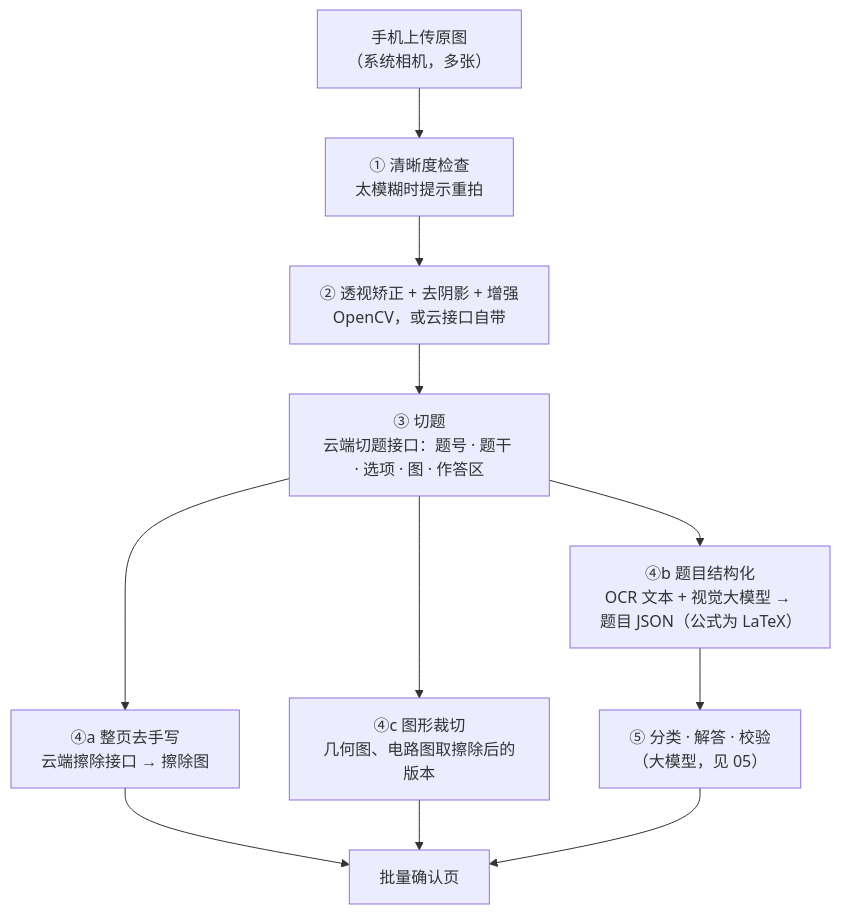
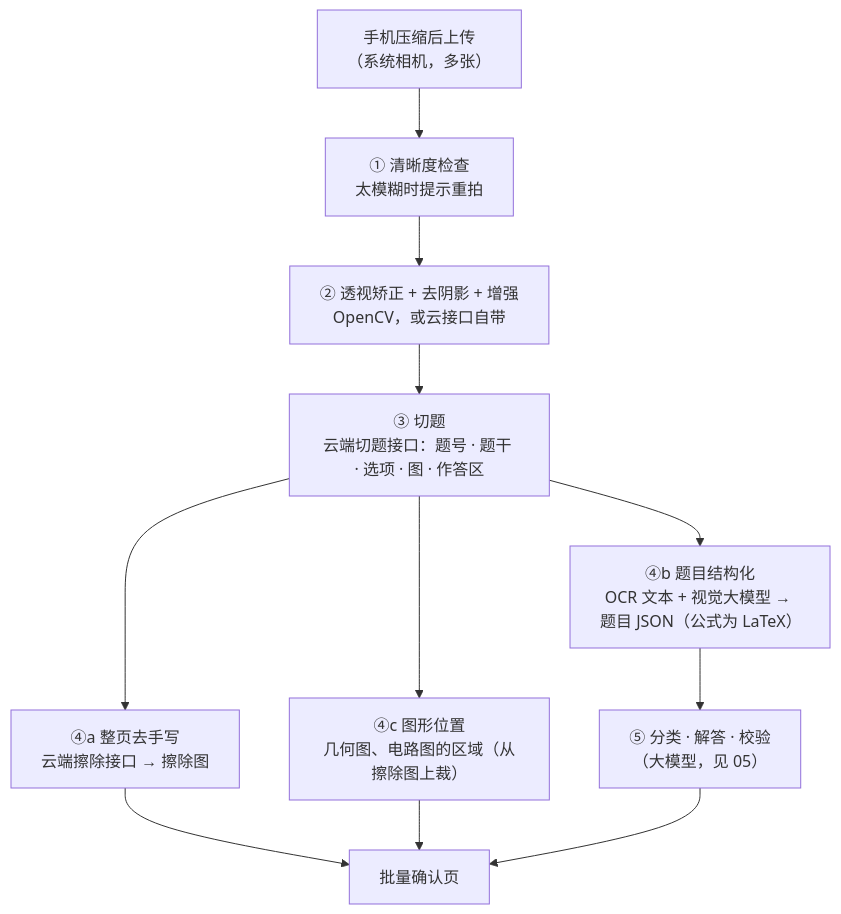
The third of 4 diagrams in mistake-mastery/docs/03-system-architecture.md (tianbao424/Claude-made-stock-bot), drawn with Mermaid before and after one commit. The commit also changed other lines of this file and 7 other files, not shown here.

````diff
--- a/mistake-mastery/docs/03-system-architecture.md
+++ b/mistake-mastery/docs/03-system-architecture.md
@@ -100,11 +208,11 @@
 ```mermaid
 flowchart TB
-    U["手机上传原图<br/>（系统相机，多张）"] --> S1["① 清晰度检查<br/>太模糊时提示重拍"]
+    U["手机压缩后上传<br/>（系统相机，多张）"] --> S1["① 清晰度检查<br/>太模糊时提示重拍"]
     S1 --> S2["② 透视矫正 + 去阴影 + 增强<br/>OpenCV，或云接口自带"]
     S2 --> S3["③ 切题<br/>云端切题接口：题号 · 题干 · 选项 · 图 · 作答区"]
     S3 --> S4a["④a 整页去手写<br/>云端擦除接口 → 擦除图"]
     S3 --> S4b["④b 题目结构化<br/>OCR 文本 + 视觉大模型 → 题目 JSON（公式为 LaTeX）"]
-    S3 --> S4c["④c 图形裁切<br/>几何图、电路图取擦除后的版本"]
+    S3 --> S4c["④c 图形位置<br/>几何图、电路图的区域（从擦除图上裁）"]
     S4b --> S5["⑤ 分类 · 解答 · 校验<br/>（大模型，见 05）"]
     S4a & S4c & S5 --> OUT["批量确认页"]
 ```
````
